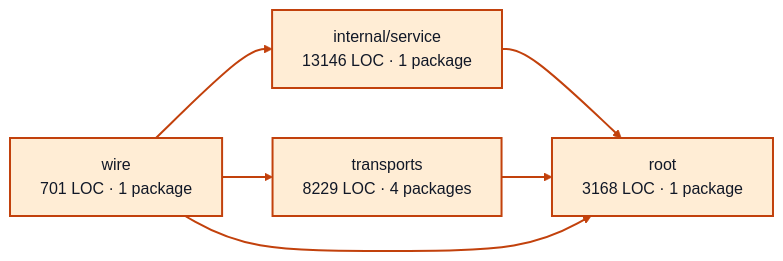
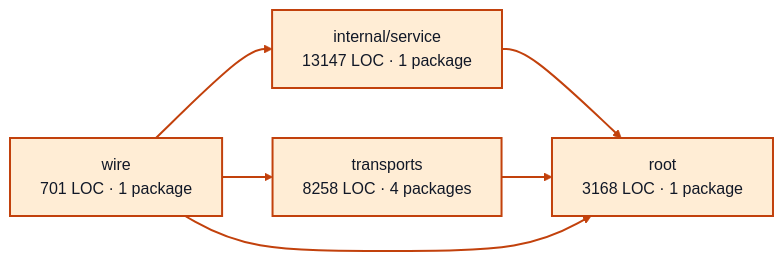
The diagram in docs/architecture/visualizations/services/worker_sessions.md (portpowered/you-agent-factory), drawn with Mermaid before and after one commit. The commit also changed other lines of this file and 20 other files, not shown here.

Commit message:
docs: refresh backend architecture visualizations

````diff
--- a/docs/architecture/visualizations/services/worker_sessions.md
+++ b/docs/architecture/visualizations/services/worker_sessions.md
@@ -11,17 +11,17 @@
 ```mermaid
 flowchart LR
-  p0["internal/service<br/>13146 LOC · 1 package"]
+  p0["internal/service<br/>13147 LOC · 1 package"]
   p1["root<br/>3168 LOC · 1 package"]
-  p2["transports<br/>8229 LOC · 4 packages"]
+  p2["transports<br/>8258 LOC · 4 packages"]
   p3["wire<br/>701 LOC · 1 package"]
   p0 --> p1
   p2 --> p1
   p3 --> p0
   p3 --> p1
   p3 --> p2
   style p0 fill:#ffedd5,stroke:#c2410c,stroke-width:2px,color:#111827
   style p1 fill:#ffedd5,stroke:#c2410c,stroke-width:2px,color:#111827
   style p2 fill:#ffedd5,stroke:#c2410c,stroke-width:2px,color:#111827
   style p3 fill:#ffedd5,stroke:#c2410c,stroke-width:2px,color:#111827
   linkStyle default stroke:#c2410c,stroke-width:2px
 ```
````
